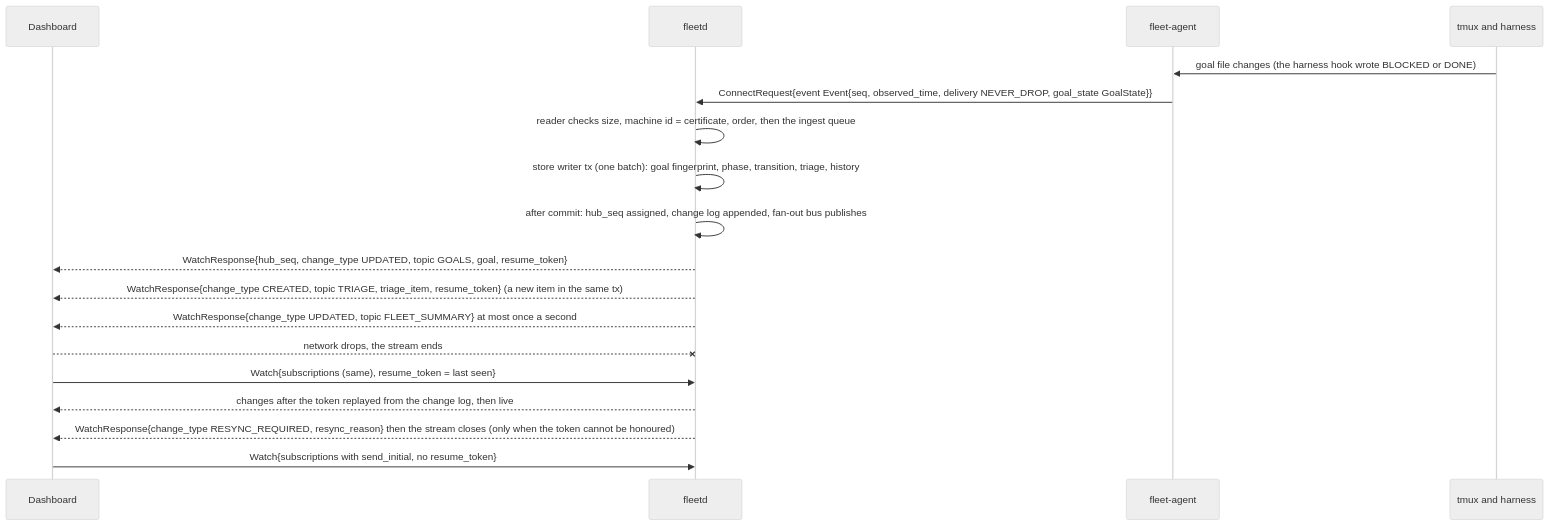
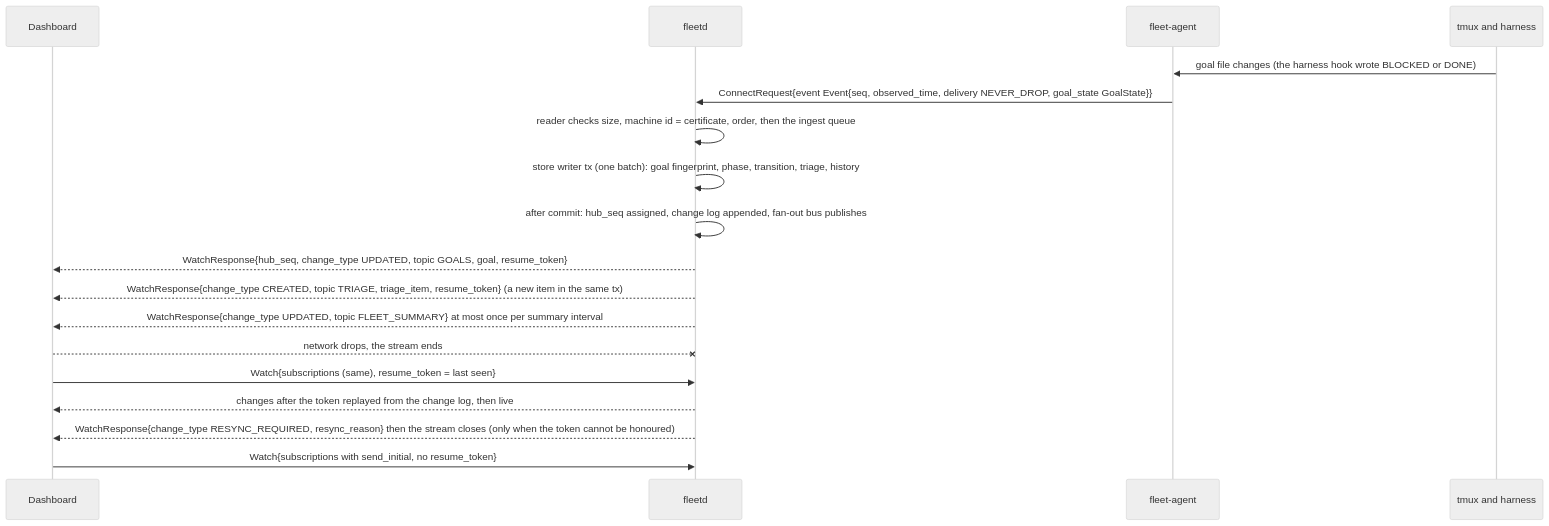
The second of 2 diagrams in docs/specs/02c-hub-watch-and-filters.md (linuxdynasty/fleet-board), drawn with Mermaid (neutral theme) before and after one commit. The commit also changed other lines of this file and 17 other files, not shown here.

First line of the commit message:
docs(specs): move the five flow diagrams that no spec had, defaults rows for the rest, 01c citations to verified-facts

````diff
--- a/docs/specs/02c-hub-watch-and-filters.md
+++ b/docs/specs/02c-hub-watch-and-filters.md
@@ -120,20 +120,20 @@
 ```mermaid
 sequenceDiagram
   participant D as Dashboard
   participant H as fleetd
   participant A as fleet-agent
   participant T as tmux and harness
   T->>A: goal file changes (the harness hook wrote BLOCKED or DONE)
   A->>H: ConnectRequest{event Event{seq, observed_time, delivery NEVER_DROP, goal_state GoalState}}
   H->>H: reader checks size, machine id = certificate, order, then the ingest queue
   H->>H: store writer tx (one batch): goal fingerprint, phase, transition, triage, history
   H->>H: after commit: hub_seq assigned, change log appended, fan-out bus publishes
   H-->>D: WatchResponse{hub_seq, change_type UPDATED, topic GOALS, goal, resume_token}
   H-->>D: WatchResponse{change_type CREATED, topic TRIAGE, triage_item, resume_token} (a new item in the same tx)
-  H-->>D: WatchResponse{change_type UPDATED, topic FLEET_SUMMARY} at most once a second
+  H-->>D: WatchResponse{change_type UPDATED, topic FLEET_SUMMARY} at most once per summary interval
   D--xH: network drops, the stream ends
   D->>H: Watch{subscriptions (same), resume_token = last seen}
   H-->>D: changes after the token replayed from the change log, then live
   H-->>D: WatchResponse{change_type RESYNC_REQUIRED, resync_reason} then the stream closes (only when the token cannot be honoured)
   D->>H: Watch{subscriptions with send_initial, no resume_token}
 ```
````
